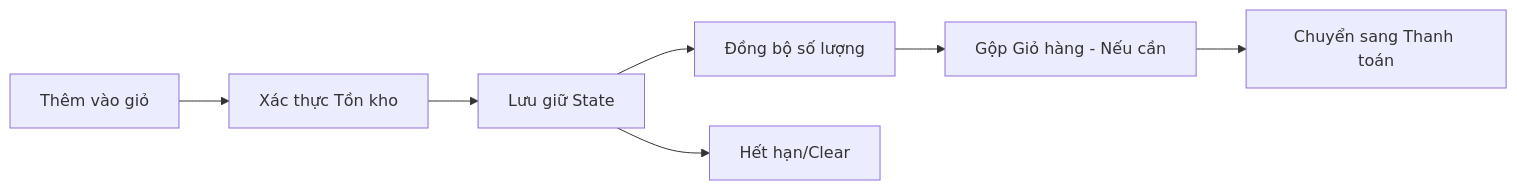
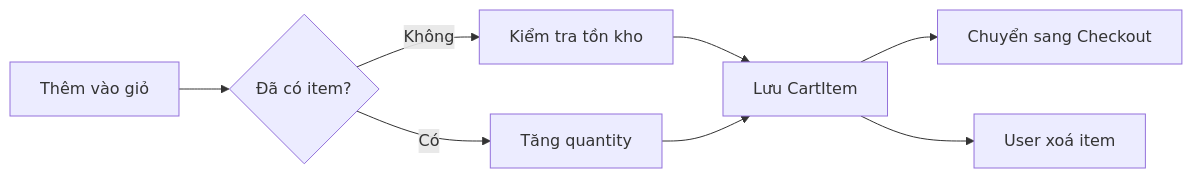
Before and after one commit to LuongCongThanh/nestjs_ex: the diagram in doc/ecommerce-api-doc/02-Phase-2-Revenue/TASK-207-Implement-Shopping-Cart.md, drawn with Mermaid. The commit also changed other lines of this file, not shown here.

First line of the commit message:
docs: enrich TASK-207 Shopping Cart with domain decisions

````diff
--- a/doc/ecommerce-api-doc/02-Phase-2-Revenue/TASK-207-Implement-Shopping-Cart.md
+++ b/doc/ecommerce-api-doc/02-Phase-2-Revenue/TASK-207-Implement-Shopping-Cart.md
@@ -24,9 +24,10 @@
 ```mermaid
 graph LR
-    Add[Thêm vào giỏ] --> Validate[Xác thực Tồn kho]
-    Validate --> Persist[Lưu giữ State]
-    Persist --> Sync[Đồng bộ số lượng]
-    Sync --> Merge[Gộp Giỏ hàng - Nếu cần]
-    Merge --> Checkout[Chuyển sang Thanh toán]
-    Persist --> Expired[Hết hạn/Clear]
+    Add[Thêm vào giỏ] --> Exists{Đã có item?}
+    Exists -- Có --> Merge[Tăng quantity]
+    Exists -- Không --> Validate[Kiểm tra tồn kho]
+    Validate --> Persist[Lưu CartItem]
+    Merge --> Persist
+    Persist --> Checkout[Chuyển sang Checkout]
+    Persist --> Remove[User xoá item]
 ```
````
